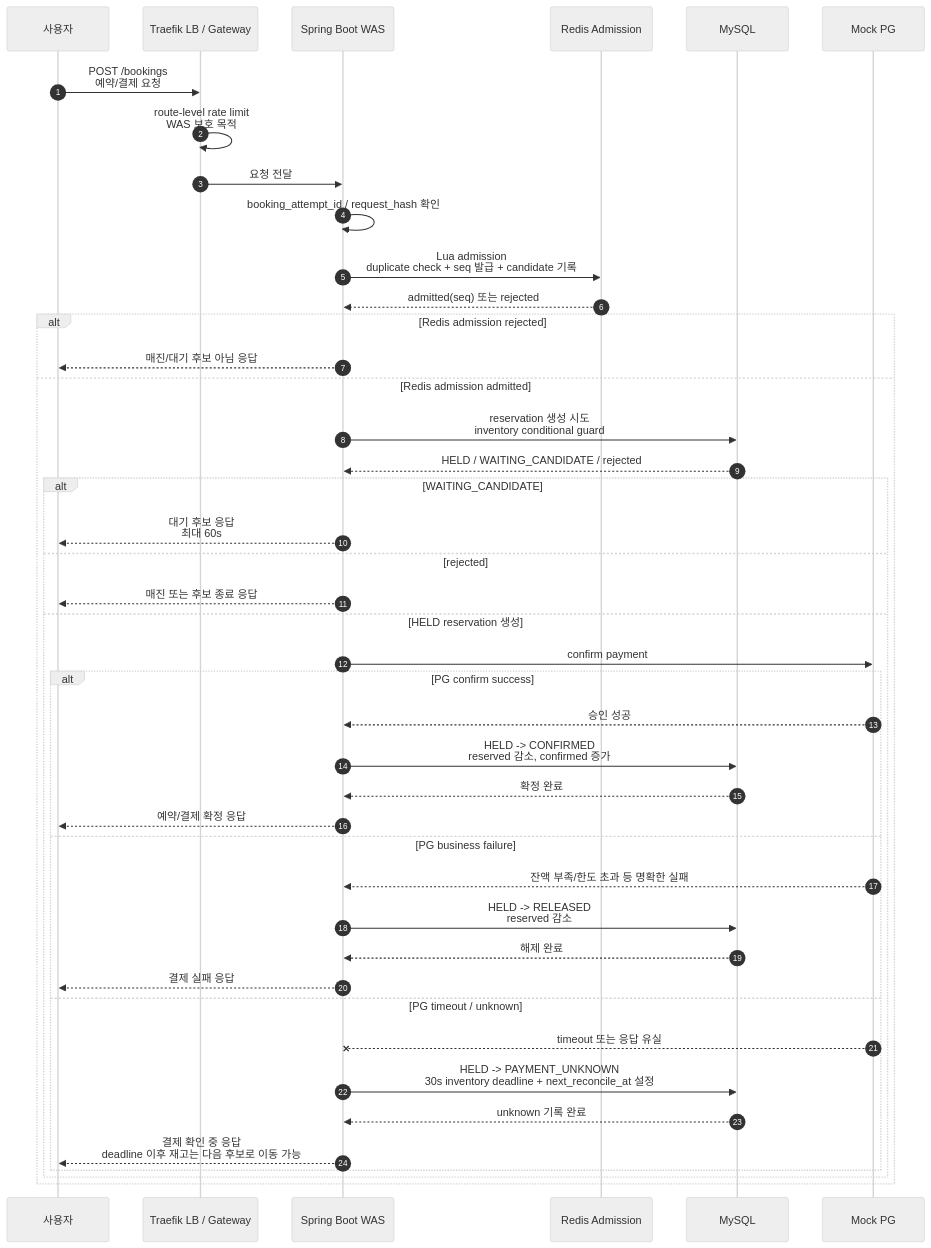
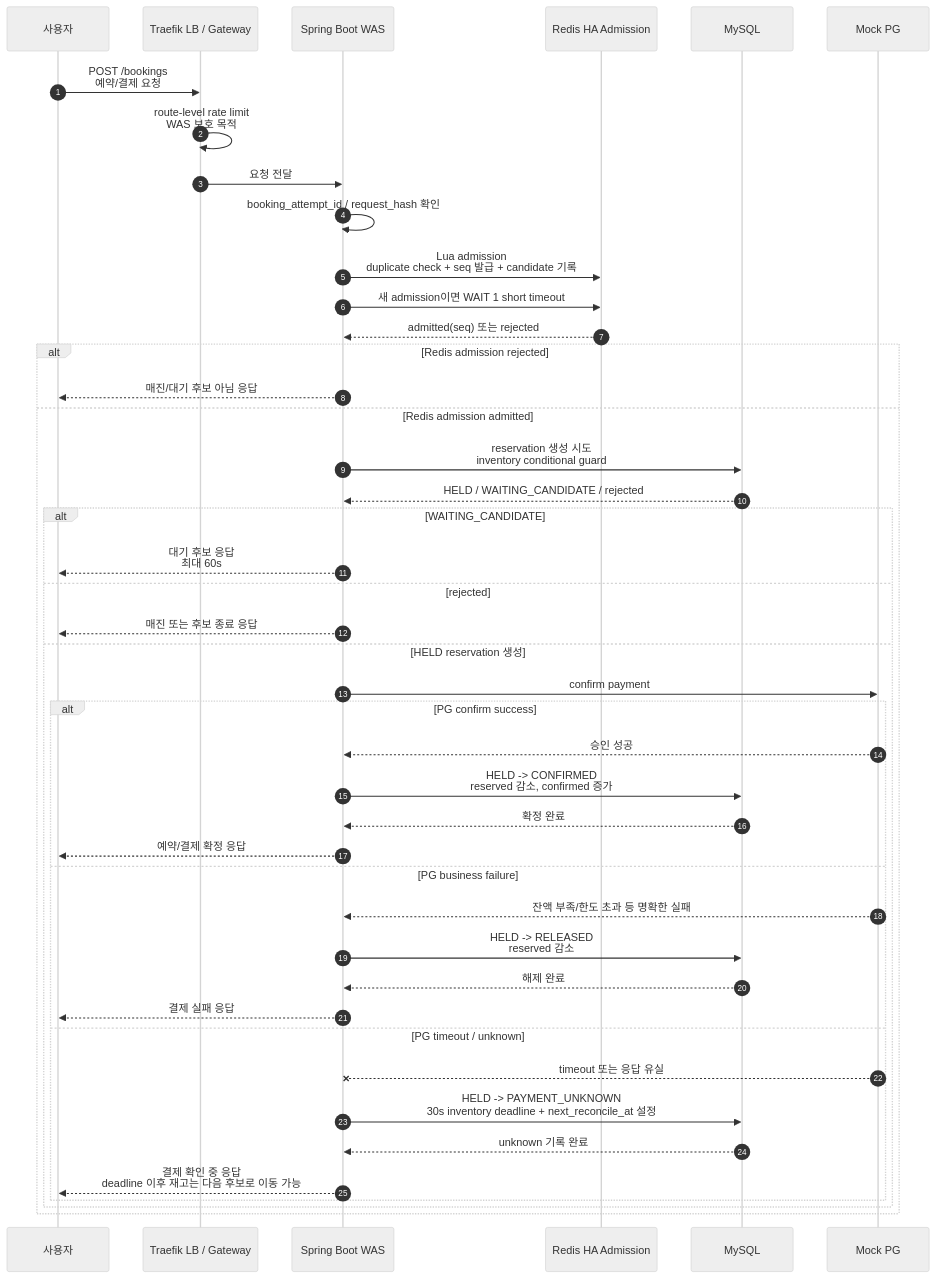
The first of 6 diagrams in docs/system-design/booking-user-flow-mermaid.md (lsh1215/peak-booking-system), drawn with Mermaid (neutral theme) before and after one commit. The commit also changed other lines of this file and 9 other files, not shown here.

````diff
--- a/docs/system-design/booking-user-flow-mermaid.md
+++ b/docs/system-design/booking-user-flow-mermaid.md
@@ -19,50 +19,51 @@
 ```mermaid
 sequenceDiagram
     autonumber
     participant U as 사용자
     participant T as Traefik LB / Gateway
     participant A as Spring Boot WAS
-    participant R as Redis Admission
+    participant R as Redis HA Admission
     participant D as MySQL
     participant P as Mock PG
 
     U->>T: POST /bookings<br/>예약/결제 요청
     T->>T: route-level rate limit<br/>WAS 보호 목적
     T->>A: 요청 전달
 
     A->>A: booking_attempt_id / request_hash 확인
     A->>R: Lua admission<br/>duplicate check + seq 발급 + candidate 기록
+    A->>R: 새 admission이면 WAIT 1 short timeout
     R-->>A: admitted(seq) 또는 rejected
 
     alt Redis admission rejected
         A-->>U: 매진/대기 후보 아님 응답
     else Redis admission admitted
         A->>D: reservation 생성 시도<br/>inventory conditional guard
         D-->>A: HELD / WAITING_CANDIDATE / rejected
 
         alt WAITING_CANDIDATE
             A-->>U: 대기 후보 응답<br/>최대 60s
         else rejected
             A-->>U: 매진 또는 후보 종료 응답
         else HELD reservation 생성
         A->>P: confirm payment
 
             alt PG confirm success
                 P-->>A: 승인 성공
                 A->>D: HELD -> CONFIRMED<br/>reserved 감소, confirmed 증가
                 D-->>A: 확정 완료
                 A-->>U: 예약/결제 확정 응답
             else PG business failure
                 P-->>A: 잔액 부족/한도 초과 등 명확한 실패
                 A->>D: HELD -> RELEASED<br/>reserved 감소
                 D-->>A: 해제 완료
                 A-->>U: 결제 실패 응답
             else PG timeout / unknown
                 P--x A: timeout 또는 응답 유실
                 A->>D: HELD -> PAYMENT_UNKNOWN<br/>30s inventory deadline + next_reconcile_at 설정
                 D-->>A: unknown 기록 완료
                 A-->>U: 결제 확인 중 응답<br/>deadline 이후 재고는 다음 후보로 이동 가능
             end
         end
     end
 ```
````
